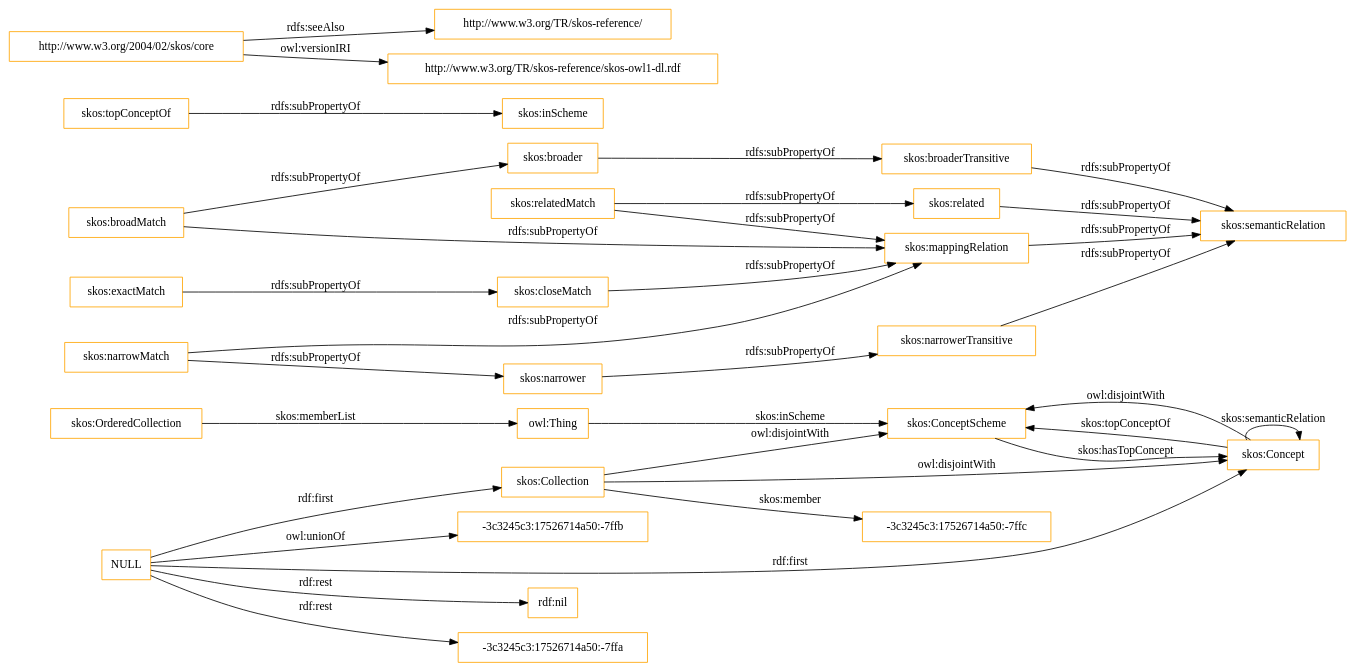
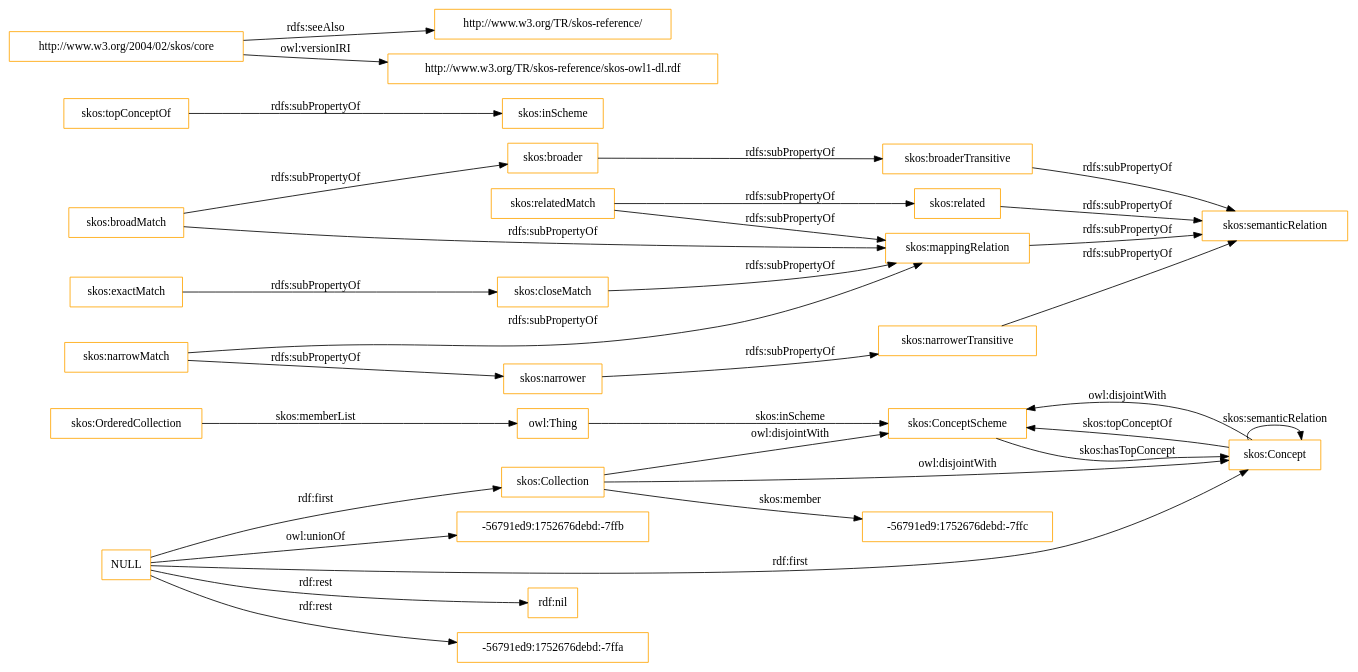
One commit to OnToologyUser/core-ontology-1 changed the diagram in OnToology/imports/skos.owl/diagrams/ar2dtool-class/skos.owl.png.dot. Above: the diagram before and after it, drawn with Graphviz. The commit also changed 14 other files, not shown here.

```diff
--- a/OnToology/imports/skos.owl/diagrams/ar2dtool-class/skos.owl.png.dot
+++ b/OnToology/imports/skos.owl/diagrams/ar2dtool-class/skos.owl.png.dot
@@ -1,37 +1,37 @@
 digraph ar2dtool_diagram { 
 rankdir=LR;
 size="1501"
-node [shape = rectangle, color="orange"]; "skos:OrderedCollection" "skos:ConceptScheme" "skos:Concept" "skos:Collection" "-3c3245c3:17526714a50:-7ffc" ; /*classes style*/
+node [shape = rectangle, color="orange"]; "skos:OrderedCollection" "skos:ConceptScheme" "skos:Concept" "skos:Collection" "-56791ed9:1752676debd:-7ffc" ; /*classes style*/
 	"skos:narrowerTransitive" -> "skos:semanticRelation" [ label = "rdfs:subPropertyOf" ];
 	"NULL" -> "rdf:nil" [ label = "rdf:rest" ];
 	"NULL" -> "skos:Concept" [ label = "rdf:first" ];
-	"NULL" -> "-3c3245c3:17526714a50:-7ffa" [ label = "rdf:rest" ];
+	"NULL" -> "-56791ed9:1752676debd:-7ffa" [ label = "rdf:rest" ];
 	"NULL" -> "skos:Collection" [ label = "rdf:first" ];
-	"NULL" -> "-3c3245c3:17526714a50:-7ffb" [ label = "owl:unionOf" ];
+	"NULL" -> "-56791ed9:1752676debd:-7ffb" [ label = "owl:unionOf" ];
 	"skos:closeMatch" -> "skos:mappingRelation" [ label = "rdfs:subPropertyOf" ];
 	"skos:Concept" -> "skos:ConceptScheme" [ label = "owl:disjointWith" ];
 	"skos:relatedMatch" -> "skos:related" [ label = "rdfs:subPropertyOf" ];
 	"skos:relatedMatch" -> "skos:mappingRelation" [ label = "rdfs:subPropertyOf" ];
 	"skos:related" -> "skos:semanticRelation" [ label = "rdfs:subPropertyOf" ];
 	"skos:topConceptOf" -> "skos:inScheme" [ label = "rdfs:subPropertyOf" ];
 	"skos:broadMatch" -> "skos:mappingRelation" [ label = "rdfs:subPropertyOf" ];
 	"skos:broadMatch" -> "skos:broader" [ label = "rdfs:subPropertyOf" ];
 	"skos:exactMatch" -> "skos:closeMatch" [ label = "rdfs:subPropertyOf" ];
 	"skos:broaderTransitive" -> "skos:semanticRelation" [ label = "rdfs:subPropertyOf" ];
 	"skos:broader" -> "skos:broaderTransitive" [ label = "rdfs:subPropertyOf" ];
 	"skos:mappingRelation" -> "skos:semanticRelation" [ label = "rdfs:subPropertyOf" ];
 	"http://www.w3.org/2004/02/skos/core" -> "http://www.w3.org/TR/skos-reference/" [ label = "rdfs:seeAlso" ];
 	"http://www.w3.org/2004/02/skos/core" -> "http://www.w3.org/TR/skos-reference/skos-owl1-dl.rdf" [ label = "owl:versionIRI" ];
 	"skos:Collection" -> "skos:ConceptScheme" [ label = "owl:disjointWith" ];
 	"skos:Collection" -> "skos:Concept" [ label = "owl:disjointWith" ];
 	"skos:narrower" -> "skos:narrowerTransitive" [ label = "rdfs:subPropertyOf" ];
 	"skos:narrowMatch" -> "skos:narrower" [ label = "rdfs:subPropertyOf" ];
 	"skos:narrowMatch" -> "skos:mappingRelation" [ label = "rdfs:subPropertyOf" ];
 	"skos:OrderedCollection" -> "owl:Thing" [ label = "skos:memberList" ];
 	"skos:Concept" -> "skos:ConceptScheme" [ label = "skos:topConceptOf" ];
 	"skos:Concept" -> "skos:Concept" [ label = "skos:semanticRelation" ];
-	"skos:Collection" -> "-3c3245c3:17526714a50:-7ffc" [ label = "skos:member" ];
+	"skos:Collection" -> "-56791ed9:1752676debd:-7ffc" [ label = "skos:member" ];
 	"skos:ConceptScheme" -> "skos:Concept" [ label = "skos:hasTopConcept" ];
 	"owl:Thing" -> "skos:ConceptScheme" [ label = "skos:inScheme" ];
 
 }
```
